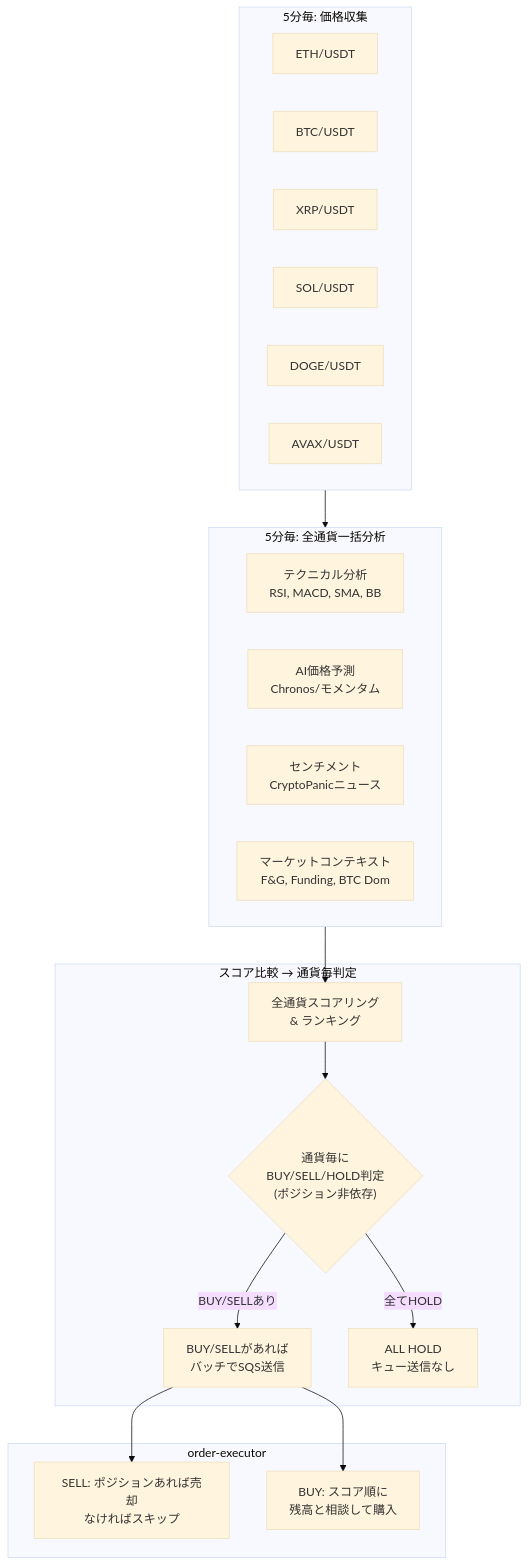
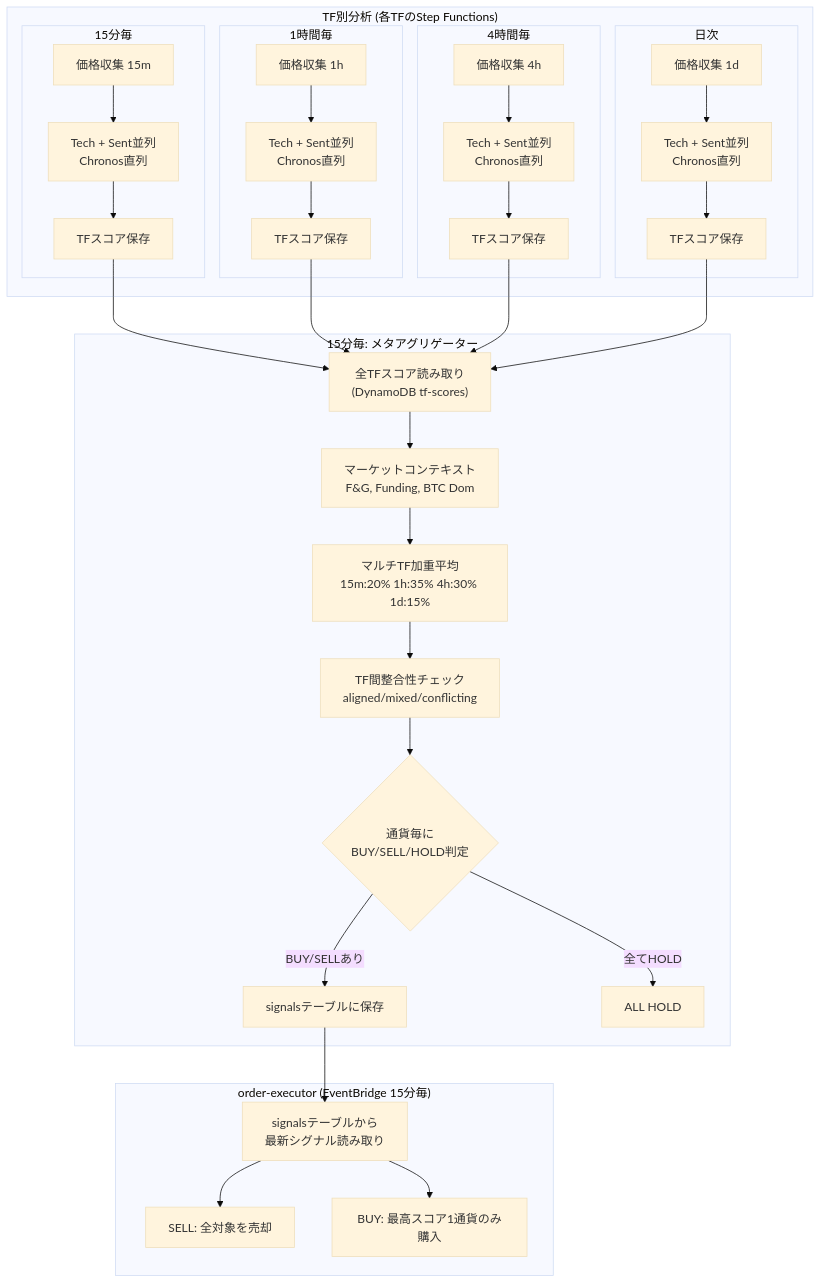
The diagram in docs/trading-strategy.md (kiikun0530/crypto-trader), drawn with Mermaid (base theme) before and after one commit. The commit also changed other lines of this file and 21 other files, not shown here.

````diff
--- a/docs/trading-strategy.md
+++ b/docs/trading-strategy.md
@@ -9,33 +9,54 @@
 ```mermaid
 flowchart TD
-    subgraph 収集["5分毎: 価格収集"]
-        P1["ETH/USDT"] & P2["BTC/USDT"] & P3["XRP/USDT"] & P4["SOL/USDT"] & P5["DOGE/USDT"] & P6["AVAX/USDT"]
+    subgraph TF別分析["TF別分析 (各TFのStep Functions)"]
+        subgraph TF15m["15分毎"]
+            P15["価格収集 15m"]
+            A15["Tech + Sent並列<br/>Chronos直列"]
+            S15["TFスコア保存"]
+        end
+        subgraph TF1h["1時間毎"]
+            P1h["価格収集 1h"]
+            A1h["Tech + Sent並列<br/>Chronos直列"]
+            S1h["TFスコア保存"]
+        end
+        subgraph TF4h["4時間毎"]
+            P4h["価格収集 4h"]
+            A4h["Tech + Sent並列<br/>Chronos直列"]
+            S4h["TFスコア保存"]
+        end
+        subgraph TF1d["日次"]
+            P1d["価格収集 1d"]
+            A1d["Tech + Sent並列<br/>Chronos直列"]
+            S1d["TFスコア保存"]
+        end
     end
 
-    subgraph 分析["5分毎: 全通貨一括分析"]
-        A1["テクニカル分析<br/>RSI, MACD, SMA, BB"]
-        A2["AI価格予測<br/>Chronos/モメンタム"]
-        A3["センチメント<br/>CryptoPanicニュース"]
-        A4["マーケットコンテキスト<br/>F&G, Funding, BTC Dom"]
+    subgraph メタ集約["15分毎: メタアグリゲーター"]
+        READ["全TFスコア読み取り<br/>(DynamoDB tf-scores)"]
+        MKT["マーケットコンテキスト<br/>F&G, Funding, BTC Dom"]
+        WEIGHT["マルチTF加重平均<br/>15m:20% 1h:35% 4h:30% 1d:15%"]
+        ALIGN["TF間整合性チェック<br/>aligned/mixed/conflicting"]
+        EACH{"通貨毎に<br/>BUY/SELL/HOLD判定"}
+        SAVE["signalsテーブルに保存"]
+        ALL_HOLD["ALL HOLD"]
     end
 
-    subgraph 判定["スコア比較 → 通貨毎判定"]
-        S["全通貨スコアリング<br/>& ランキング"]
-        EACH{"通貨毎に<br/>BUY/SELL/HOLD判定<br/>(ポジション非依存)"}
-        QUEUE["BUY/SELLがあれば<br/>バッチでSQS送信"]
-        ALL_HOLD["ALL HOLD<br/>キュー送信なし"]
+    subgraph 実行["order-executor (EventBridge 15分毎)"]
+        READ_SIG["signalsテーブルから<br/>最新シグナル読み取り"]
+        SELL_EXEC["SELL: 全対象を売却"]
+        BUY_EXEC["BUY: 最高スコア1通貨のみ購入"]
     end
 
-    subgraph 実行["order-executor"]
-        SELL_EXEC["SELL: ポジションあれば売却<br/>なければスキップ"]
-        BUY_EXEC["BUY: スコア順に<br/>残高と相談して購入"]
-    end
+    P15 --> A15 --> S15
+    P1h --> A1h --> S1h
+    P4h --> A4h --> S4h
+    P1d --> A1d --> S1d
 
-    収集 --> 分析
-    分析 --> S
-    S --> EACH
-    EACH -->|"BUY/SELLあり"| QUEUE
+    S15 & S1h & S4h & S1d --> READ
+    READ --> MKT --> WEIGHT --> ALIGN --> EACH
+    EACH -->|"BUY/SELLあり"| SAVE
     EACH -->|"全てHOLD"| ALL_HOLD
-    QUEUE --> SELL_EXEC
-    QUEUE --> BUY_EXEC
+    SAVE --> READ_SIG
+    READ_SIG --> SELL_EXEC
+    READ_SIG --> BUY_EXEC
 ```
````
